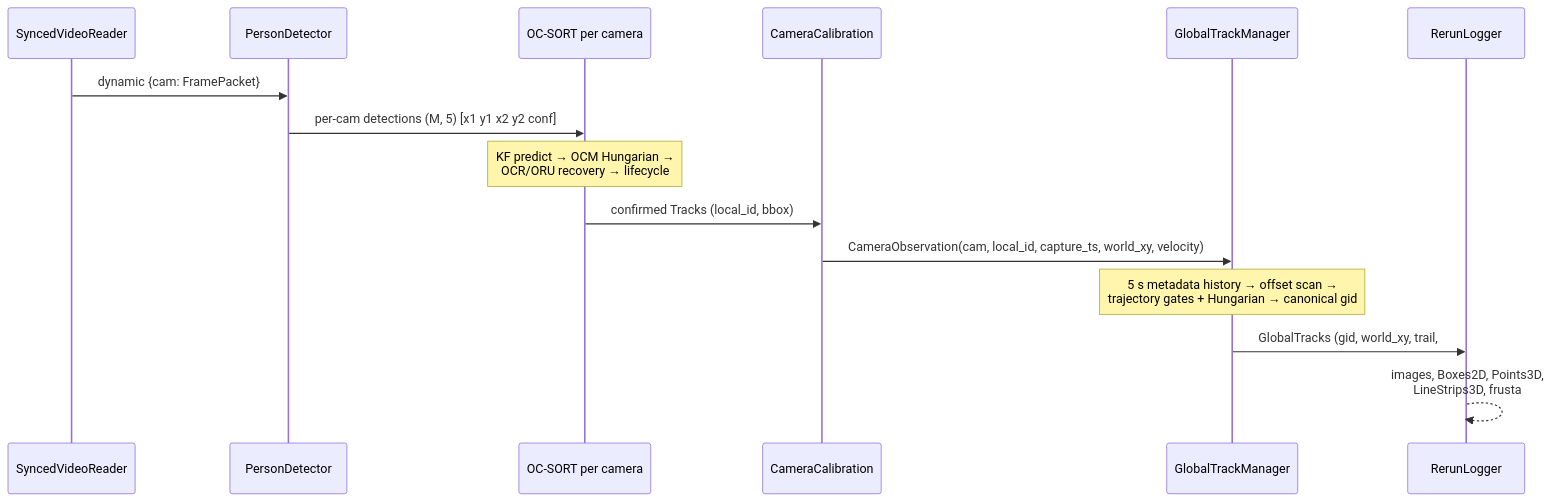
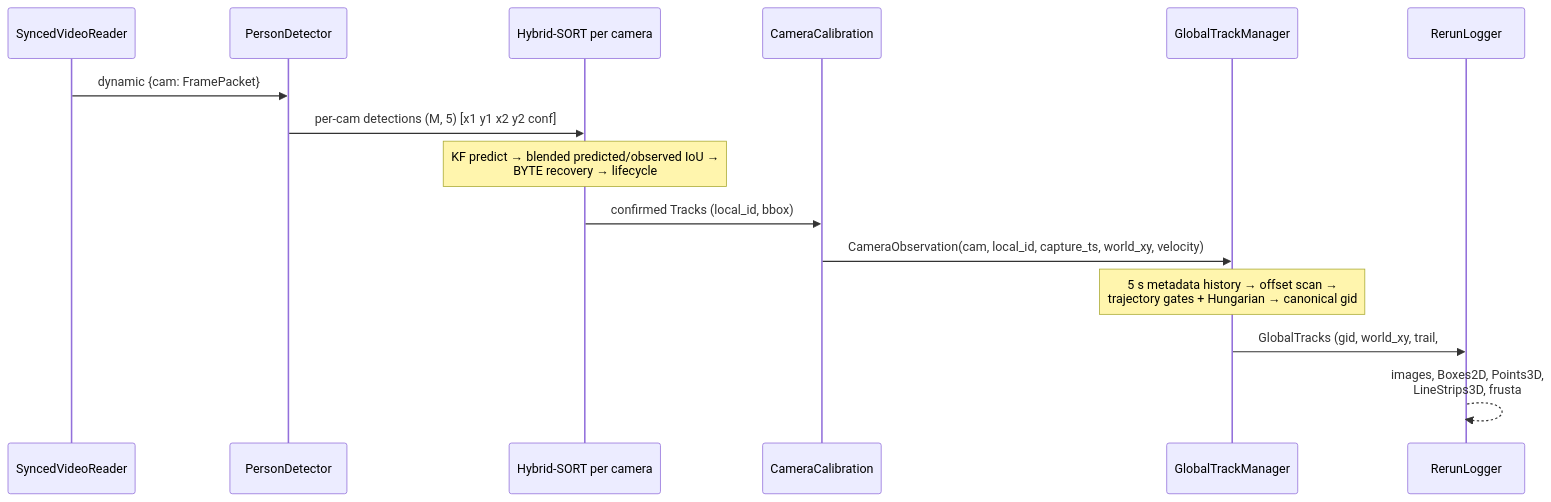
One commit to hahoangtuanhung-hust/Multi-Camera-Tracking changed the second of 2 diagrams in README.md. Above: the diagram before and after it, drawn with Mermaid. The commit also changed other lines of this file and 1 other file, not shown here.

````diff
--- a/README.md
+++ b/README.md
@@ -205,18 +215,18 @@
 ```mermaid
 sequenceDiagram
     participant R as SyncedVideoReader
     participant Y as PersonDetector
-    participant B as OC-SORT per camera
+    participant B as Hybrid-SORT per camera
     participant C as CameraCalibration
     participant G as GlobalTrackManager
     participant Z as RerunLogger
 
     R->>Y: dynamic {cam: FramePacket}
     Y->>B: per-cam detections (M, 5) [x1 y1 x2 y2 conf]
-    Note over B: KF predict → OCM Hungarian →<br/>OCR/ORU recovery → lifecycle
+    Note over B: KF predict → blended predicted/observed IoU →<br/>BYTE recovery → lifecycle
     B->>C: confirmed Tracks (local_id, bbox)
     C->>G: CameraObservation(cam, local_id, capture_ts, world_xy, velocity)
     Note over G: 5 s metadata history → offset scan →<br/>trajectory gates + Hungarian → canonical gid
     G->>Z: GlobalTracks (gid, world_xy, trail, #cams)
     Z-->>Z: images, Boxes2D, Points3D,<br/>LineStrips3D, frusta
 ```
````
